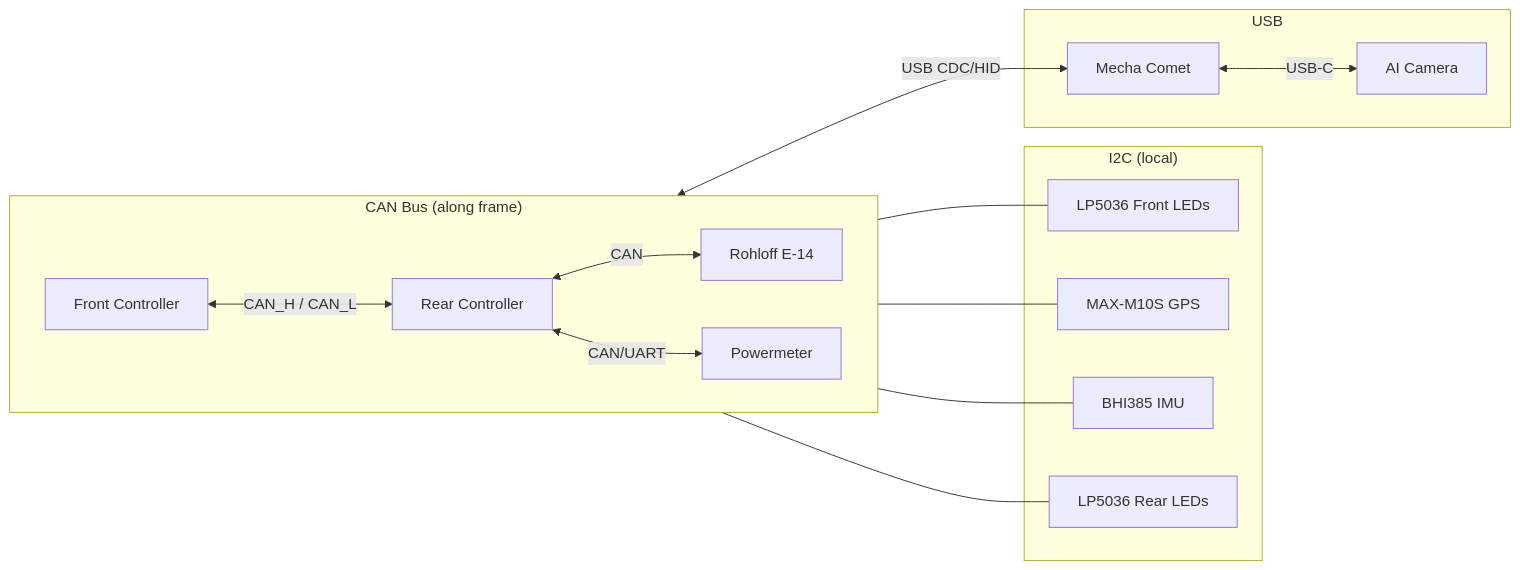
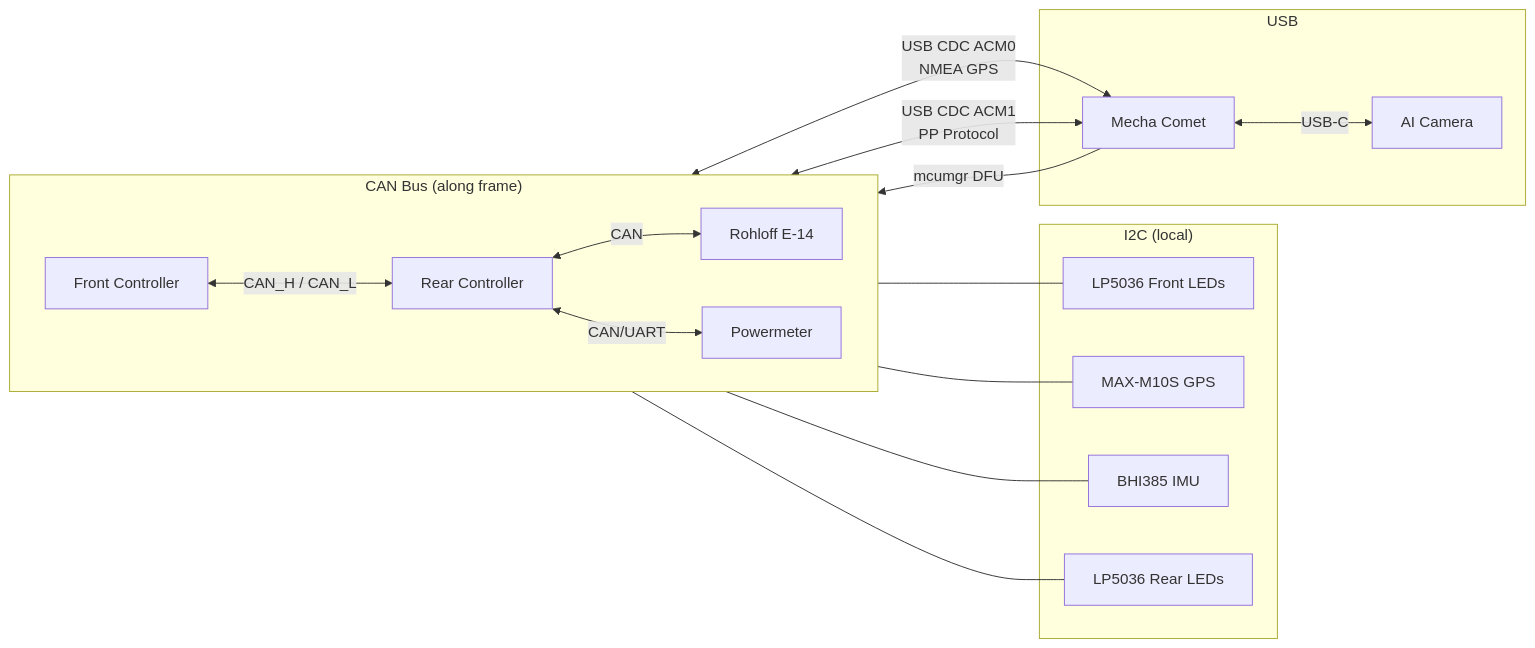
Before and after one commit to PedalPirat/PedalPirat: the third of 4 diagrams in README.md, drawn with Mermaid. The commit also changed other lines of this file, not shown here.

Commit message:
docs: add pp-usb-spec, pp-planning, pp-shift-bridge to umbrella

````diff
--- a/README.md
+++ b/README.md
@@ -94,21 +100,23 @@
 ```mermaid
 graph LR
     subgraph CAN_Bus ["CAN Bus (along frame)"]
         direction LR
         F[Front Controller] <-->|CAN_H / CAN_L| R[Rear Controller]
         R <-->|CAN| ROH[Rohloff E-14]
         R <-->|CAN/UART| PM[Powermeter]
     end
 
     subgraph I2C_Local ["I2C (local)"]
         F --- LP_F[LP5036 Front LEDs]
         F --- GPS2[MAX-M10S GPS]
         F --- IMU2[BHI385 IMU]
         R --- LP_R[LP5036 Rear LEDs]
     end
 
     subgraph USB_Connections ["USB"]
-        F <-->|USB CDC/HID| COMET2[Mecha Comet]
+        F <-->|USB CDC ACM0<br/>NMEA GPS| COMET2[Mecha Comet]
+        F <-->|USB CDC ACM1<br/>PP Protocol| COMET2
         COMET2 <-->|USB-C| CAM2[AI Camera]
+        COMET2 -->|mcumgr DFU| F
     end
 ```
````
